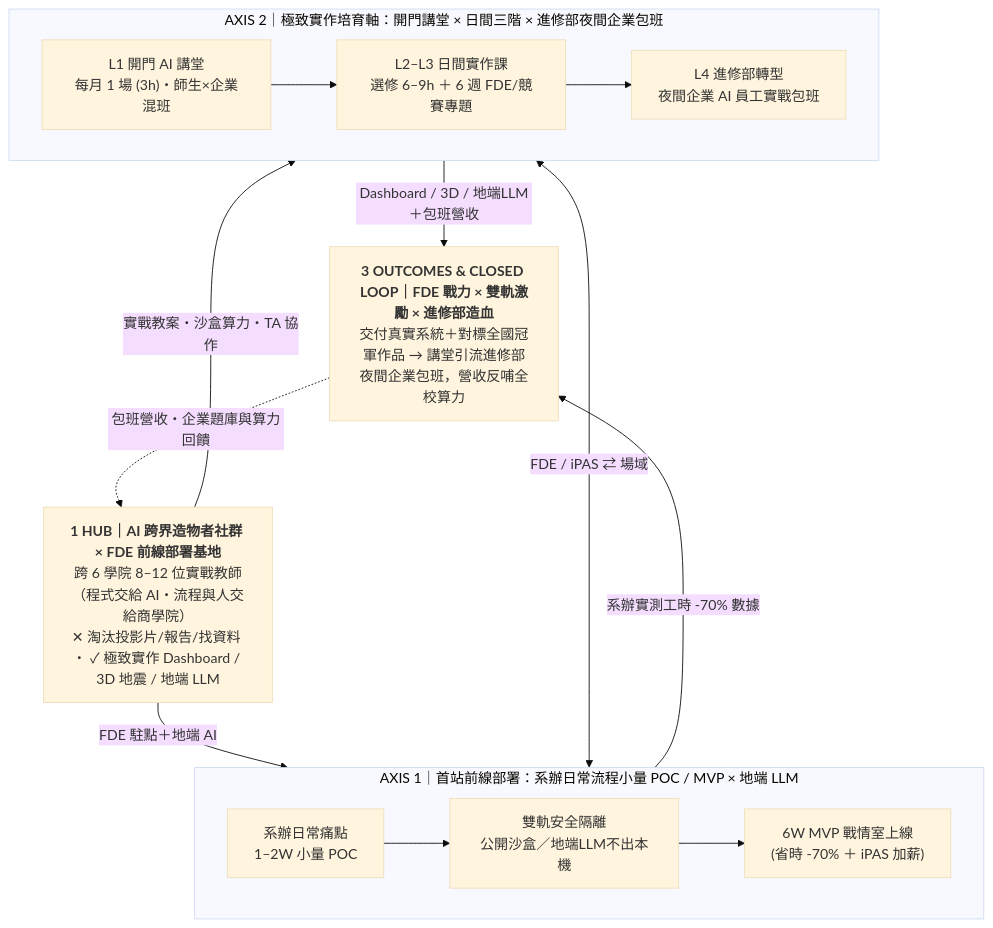
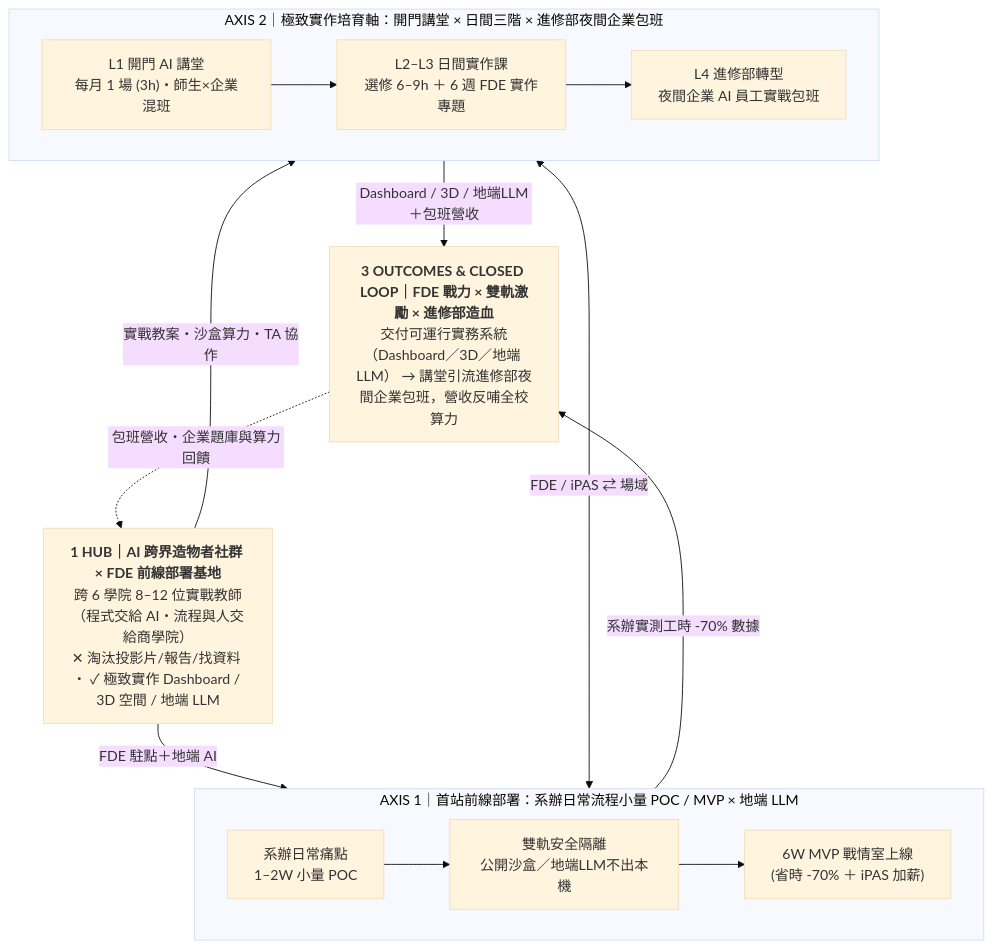
The first of 4 diagrams in README.md (nutcelvischen-jpg/nutc-ai-open-door), drawn with Mermaid (base theme) before and after one commit. The commit also changed other lines of this file and 11 other files, not shown here.

````diff
--- a/README.md
+++ b/README.md
@@ -16,24 +16,24 @@
 ```mermaid
 flowchart TB
-    HUB["<b>1 HUB｜AI 跨界造物者社群 × FDE 前線部署基地</b><br/>跨 6 學院 8–12 位實戰教師（程式交給 AI・流程與人交給商學院）<br/>✕ 淘汰投影片/報告/找資料 ・ ✓ 極致實作 Dashboard / 3D 地震 / 地端 LLM"]
+    HUB["<b>1 HUB｜AI 跨界造物者社群 × FDE 前線部署基地</b><br/>跨 6 學院 8–12 位實戰教師（程式交給 AI・流程與人交給商學院）<br/>✕ 淘汰投影片/報告/找資料 ・ ✓ 極致實作 Dashboard / 3D 空間 / 地端 LLM"]
 
     HUB -->|"FDE 駐點＋地端 AI"| A1
     HUB -->|"實戰教案・沙盒算力・TA 協作"| A2
 
     subgraph A1["AXIS 1｜首站前線部署：系辦日常流程小量 POC / MVP × 地端 LLM"]
         direction LR
         P1["系辦日常痛點<br/>1–2W 小量 POC"] --> P2["雙軌安全隔離<br/>公開沙盒／地端LLM不出本機"] --> P3["6W MVP 戰情室上線<br/>(省時 -70% ＋ iPAS 加薪)"]
     end
 
     subgraph A2["AXIS 2｜極致實作培育軸：開門講堂 × 日間三階 × 進修部夜間企業包班"]
         direction LR
-        L1["L1 開門 AI 講堂<br/>每月 1 場 (3h)・師生×企業混班"] --> L2["L2–L3 日間實作課<br/>選修 6–9h ＋ 6 週 FDE/競賽專題"] --> L4["L4 進修部轉型<br/>夜間企業 AI 員工實戰包班"]
+        L1["L1 開門 AI 講堂<br/>每月 1 場 (3h)・師生×企業混班"] --> L2["L2–L3 日間實作課<br/>選修 6–9h ＋ 6 週 FDE 實作專題"] --> L4["L4 進修部轉型<br/>夜間企業 AI 員工實戰包班"]
     end
 
     A1 <-->|"FDE / iPAS ⇄ 場域"| A2
     A1 -->|"系辦實測工時 -70% 數據"| LOOP
     A2 -->|"Dashboard / 3D / 地端LLM＋包班營收"| LOOP
 
-    LOOP["<b>3 OUTCOMES & CLOSED LOOP｜FDE 戰力 × 雙軌激勵 × 進修部造血</b><br/>交付真實系統＋對標全國冠軍作品 → 講堂引流進修部夜間企業包班，營收反哺全校算力"]
+    LOOP["<b>3 OUTCOMES & CLOSED LOOP｜FDE 戰力 × 雙軌激勵 × 進修部造血</b><br/>交付可運行實務系統（Dashboard／3D／地端 LLM） → 講堂引流進修部夜間企業包班，營收反哺全校算力"]
     LOOP -.->|"包班營收・企業題庫與算力回饋"| HUB
 ```
````
